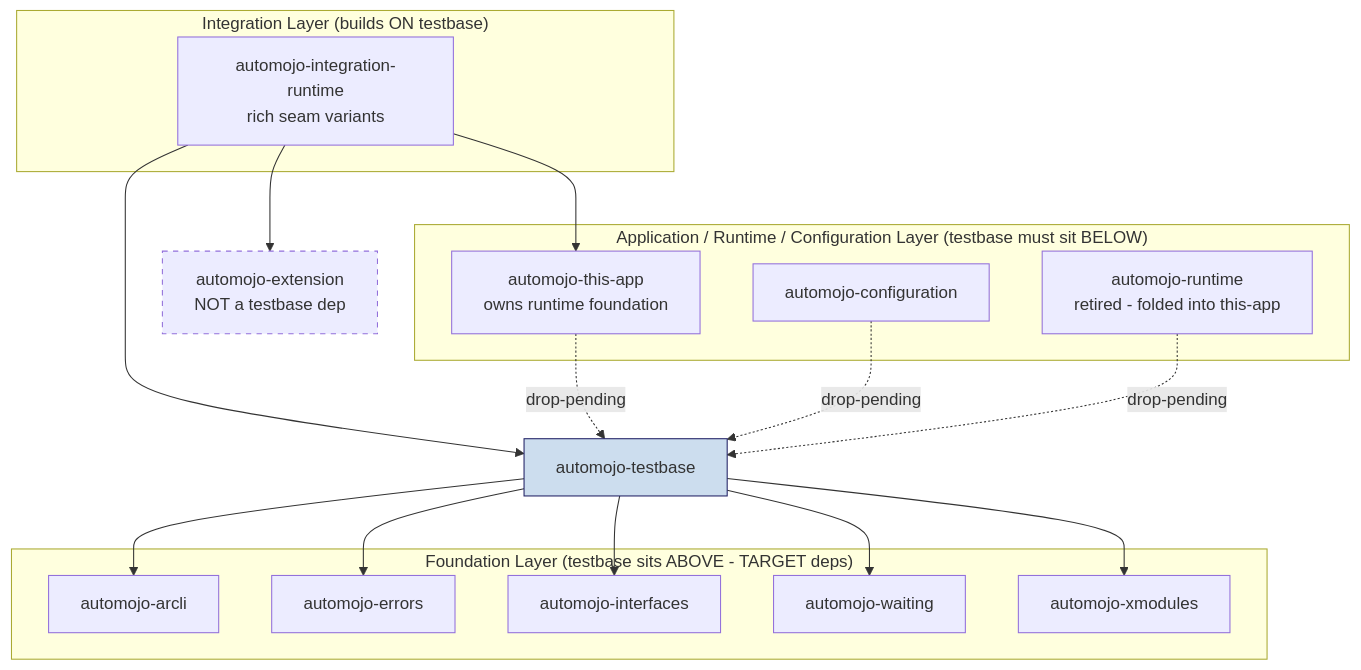
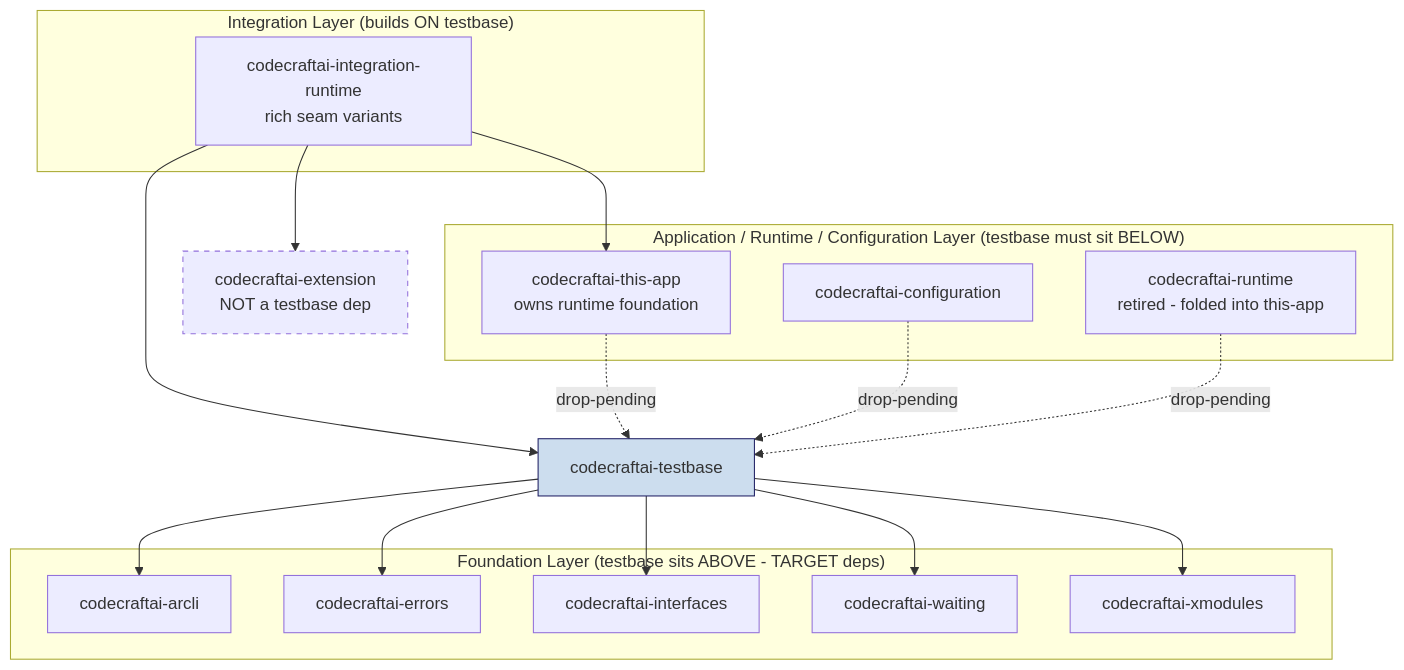
The first of 6 diagrams in specs/package-dependencies/design.md (code-craft-ai-company/codecraftai-testbase), drawn with Mermaid before and after one commit. The commit also changed other lines of this file and 638 other files, not shown here.

````diff
--- a/specs/package-dependencies/design.md
+++ b/specs/package-dependencies/design.md
@@ -53,41 +53,41 @@
 ```mermaid
 graph TB
     subgraph "Application / Runtime / Configuration Layer (testbase must sit BELOW)"
-        TA[automojo-this-app<br/>owns runtime foundation]
-        CFG[automojo-configuration]
-        RT[automojo-runtime<br/>retired - folded into this-app]
+        TA[codecraftai-this-app<br/>owns runtime foundation]
+        CFG[codecraftai-configuration]
+        RT[codecraftai-runtime<br/>retired - folded into this-app]
     end
 
     subgraph "Integration Layer (builds ON testbase)"
-        IR[automojo-integration-runtime<br/>rich seam variants]
+        IR[codecraftai-integration-runtime<br/>rich seam variants]
     end
 
-    TB[automojo-testbase]
+    TB[codecraftai-testbase]
 
     subgraph "Foundation Layer (testbase sits ABOVE - TARGET deps)"
-        ARCLI[automojo-arcli]
-        ERR[automojo-errors]
-        IFACE[automojo-interfaces]
-        WAIT[automojo-waiting]
-        XMOD[automojo-xmodules]
+        ARCLI[codecraftai-arcli]
+        ERR[codecraftai-errors]
+        IFACE[codecraftai-interfaces]
+        WAIT[codecraftai-waiting]
+        XMOD[codecraftai-xmodules]
     end
 
-    EXT[automojo-extension<br/>NOT a testbase dep]
+    EXT[codecraftai-extension<br/>NOT a testbase dep]
 
     IR --> TB
     IR --> TA
     IR --> EXT
 
     TB --> ARCLI
     TB --> ERR
     TB --> IFACE
     TB --> WAIT
     TB --> XMOD
 
     TA -. drop-pending .-> TB
     CFG -. drop-pending .-> TB
     RT -. drop-pending .-> TB
 
     style TB fill:#cde,stroke:#226
     style EXT stroke-dasharray: 5 5
 ```
````
